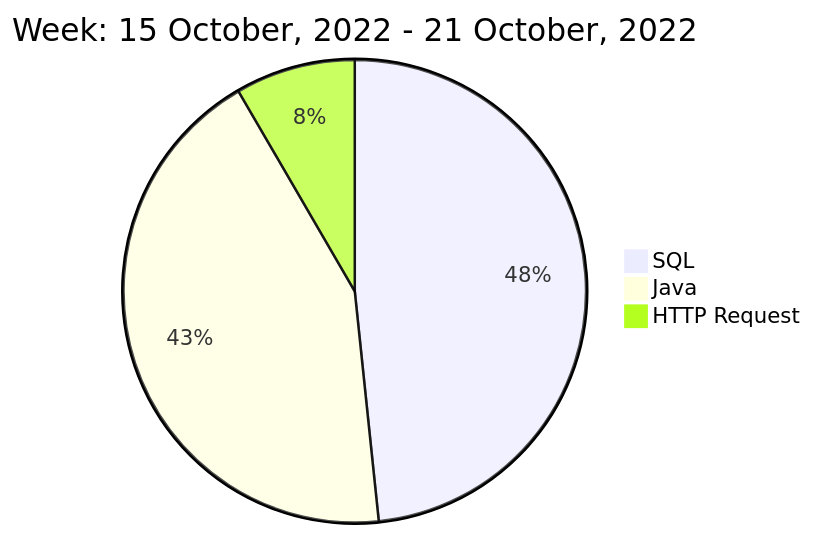
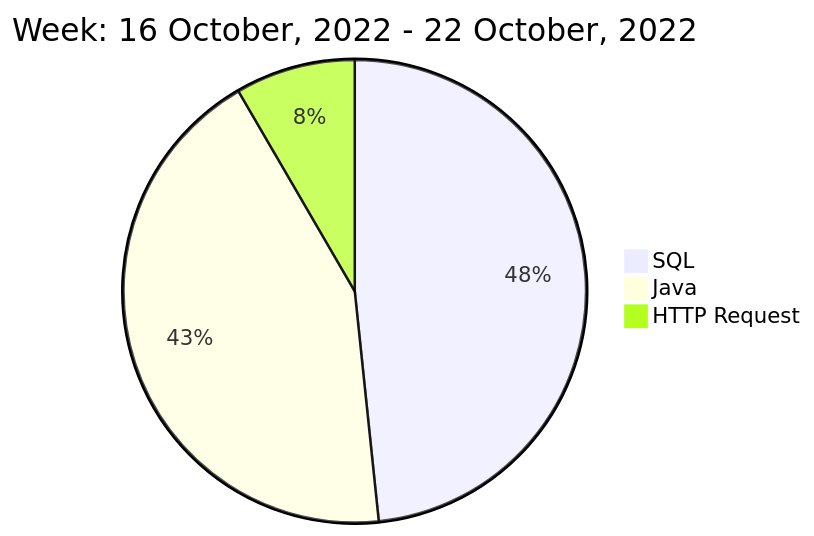
One commit to liubin95/liubin95 changed the diagram in README.md. Above: the diagram before and after it, drawn with Mermaid.

Commit message:
Updated the Graph with new Metrics

````diff
--- a/README.md
+++ b/README.md
@@ -40,7 +40,7 @@
 ```mermaid
  pie
-title Week: 15 October, 2022 - 21 October, 2022
+title Week: 16 October, 2022 - 22 October, 2022
  "SQL" : 9.92
  "Java" : 8.88
  "HTTP Request" : 1.72
 ```
````
